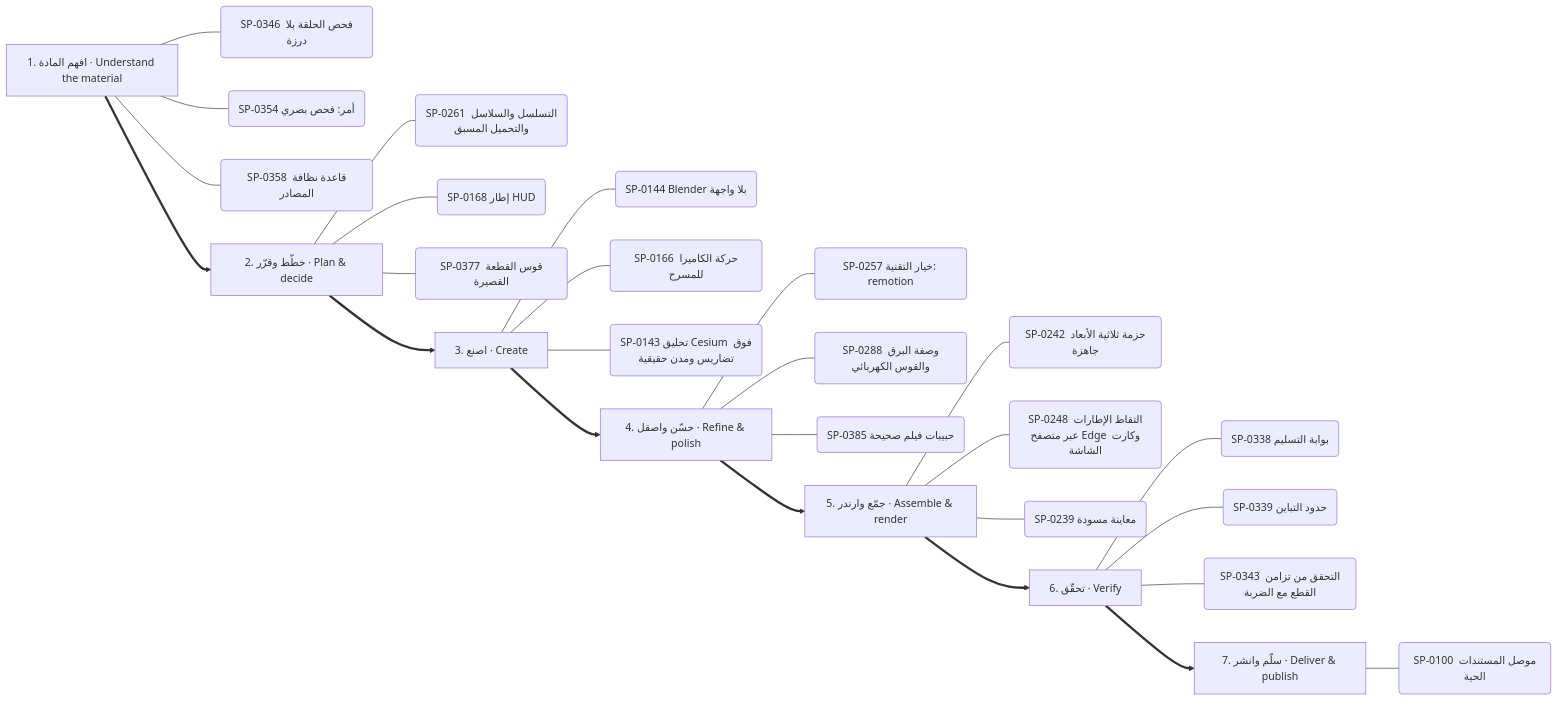
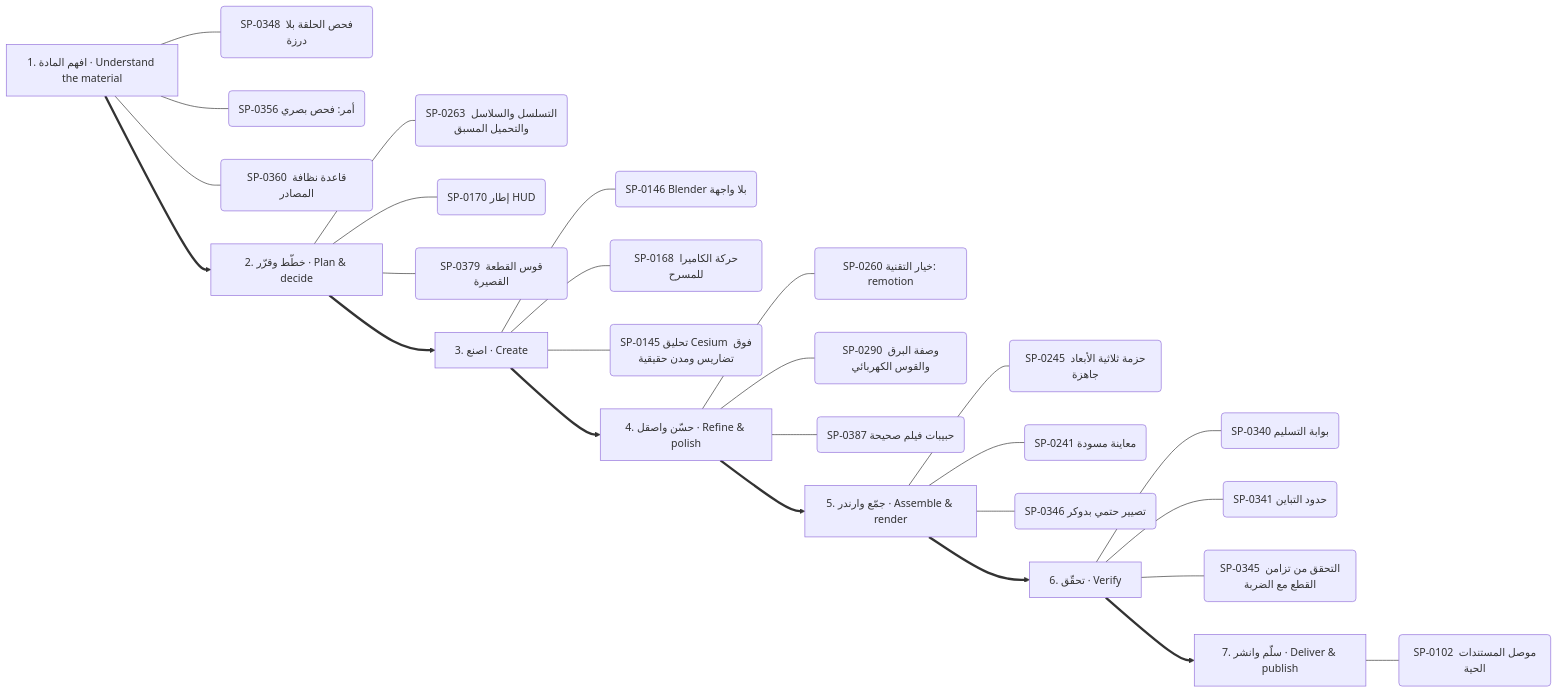
The eighth of 13 diagrams in .claude/skills/kosif-superpowers/references/capability-mindmap.md (kosif199022-jpg/kosif-tool), drawn with Mermaid before and after one commit. The commit also changed other lines of this file and 65 other files, not shown here.

````diff
--- a/.claude/skills/kosif-superpowers/references/capability-mindmap.md
+++ b/.claude/skills/kosif-superpowers/references/capability-mindmap.md
@@ -407,35 +407,35 @@
 ```mermaid
 flowchart LR
   S0["1. افهم المادة · Understand the material"]
-  S0 --- S0_0("SP-0346 فحص الحلقة بلا درزة")
-  S0 --- S0_1("SP-0354 أمر: فحص بصري")
-  S0 --- S0_2("SP-0358 قاعدة نظافة المصادر")
+  S0 --- S0_0("SP-0348 فحص الحلقة بلا درزة")
+  S0 --- S0_1("SP-0356 أمر: فحص بصري")
+  S0 --- S0_2("SP-0360 قاعدة نظافة المصادر")
   S1["2. خطّط وقرّر · Plan & decide"]
-  S1 --- S1_0("SP-0261 التسلسل والسلاسل والتحميل المسبق")
-  S1 --- S1_1("SP-0168 إطار HUD")
-  S1 --- S1_2("SP-0377 قوس القطعة القصيرة")
+  S1 --- S1_0("SP-0263 التسلسل والسلاسل والتحميل المسبق")
+  S1 --- S1_1("SP-0170 إطار HUD")
+  S1 --- S1_2("SP-0379 قوس القطعة القصيرة")
   S0 ==> S1
   S2["3. اصنع · Create"]
-  S2 --- S2_0("SP-0144 Blender بلا واجهة")
-  S2 --- S2_1("SP-0166 حركة الكاميرا للمسرح")
-  S2 --- S2_2("SP-0143 تحليق Cesium فوق تضاريس ومدن حقيقية")
+  S2 --- S2_0("SP-0146 Blender بلا واجهة")
+  S2 --- S2_1("SP-0168 حركة الكاميرا للمسرح")
+  S2 --- S2_2("SP-0145 تحليق Cesium فوق تضاريس ومدن حقيقية")
   S1 ==> S2
   S3["4. حسّن واصقل · Refine & polish"]
-  S3 --- S3_0("SP-0257 خيار التقنية: remotion")
-  S3 --- S3_1("SP-0288 وصفة البرق والقوس الكهربائي")
-  S3 --- S3_2("SP-0385 حبيبات فيلم صحيحة")
+  S3 --- S3_0("SP-0260 خيار التقنية: remotion")
+  S3 --- S3_1("SP-0290 وصفة البرق والقوس الكهربائي")
+  S3 --- S3_2("SP-0387 حبيبات فيلم صحيحة")
   S2 ==> S3
   S4["5. جمّع وارندر · Assemble & render"]
-  S4 --- S4_0("SP-0242 حزمة ثلاثية الأبعاد جاهزة")
-  S4 --- S4_1("SP-0248 التقاط الإطارات عبر متصفح Edge وكارت الشاشة")
-  S4 --- S4_2("SP-0239 معاينة مسودة")
+  S4 --- S4_0("SP-0245 حزمة ثلاثية الأبعاد جاهزة")
+  S4 --- S4_1("SP-0241 معاينة مسودة")
+  S4 --- S4_2("SP-0346 تصيير حتمي بدوكر")
   S3 ==> S4
   S5["6. تحقّق · Verify"]
-  S5 --- S5_0("SP-0338 بوابة التسليم")
-  S5 --- S5_1("SP-0339 حدود التباين")
-  S5 --- S5_2("SP-0343 التحقق من تزامن القطع مع الضربة")
+  S5 --- S5_0("SP-0340 بوابة التسليم")
+  S5 --- S5_1("SP-0341 حدود التباين")
+  S5 --- S5_2("SP-0345 التحقق من تزامن القطع مع الضربة")
   S4 ==> S5
   S6["7. سلّم وانشر · Deliver & publish"]
-  S6 --- S6_0("SP-0100 موصل المستندات الحية")
+  S6 --- S6_0("SP-0102 موصل المستندات الحية")
   S5 ==> S6
 ```
````
